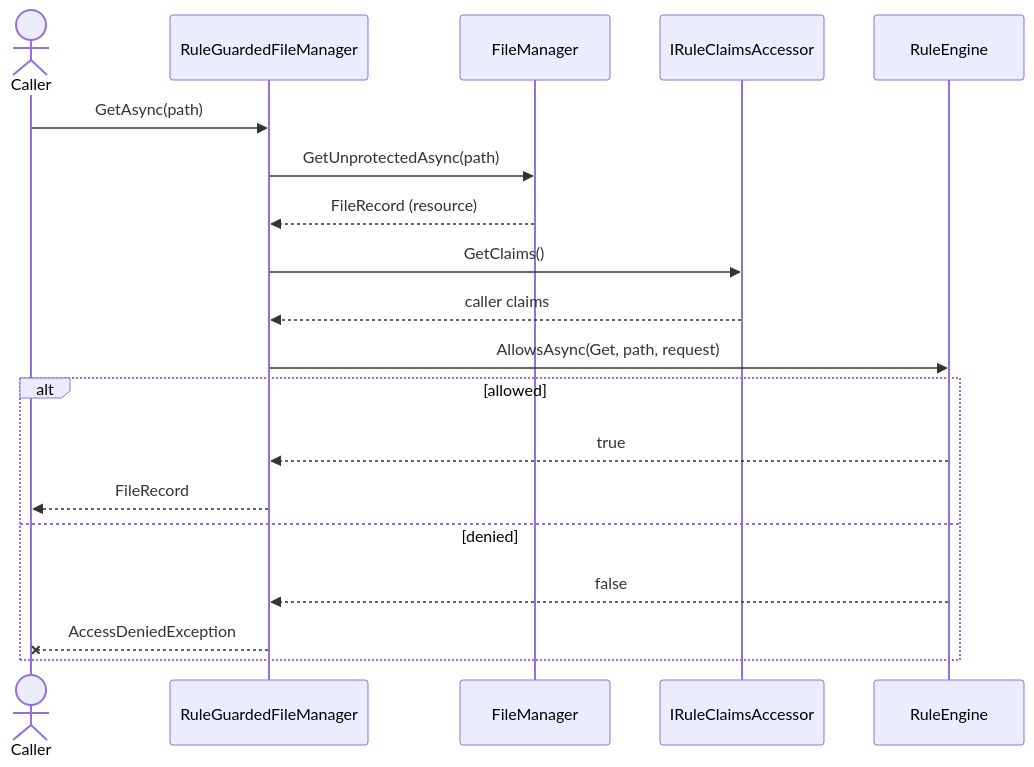
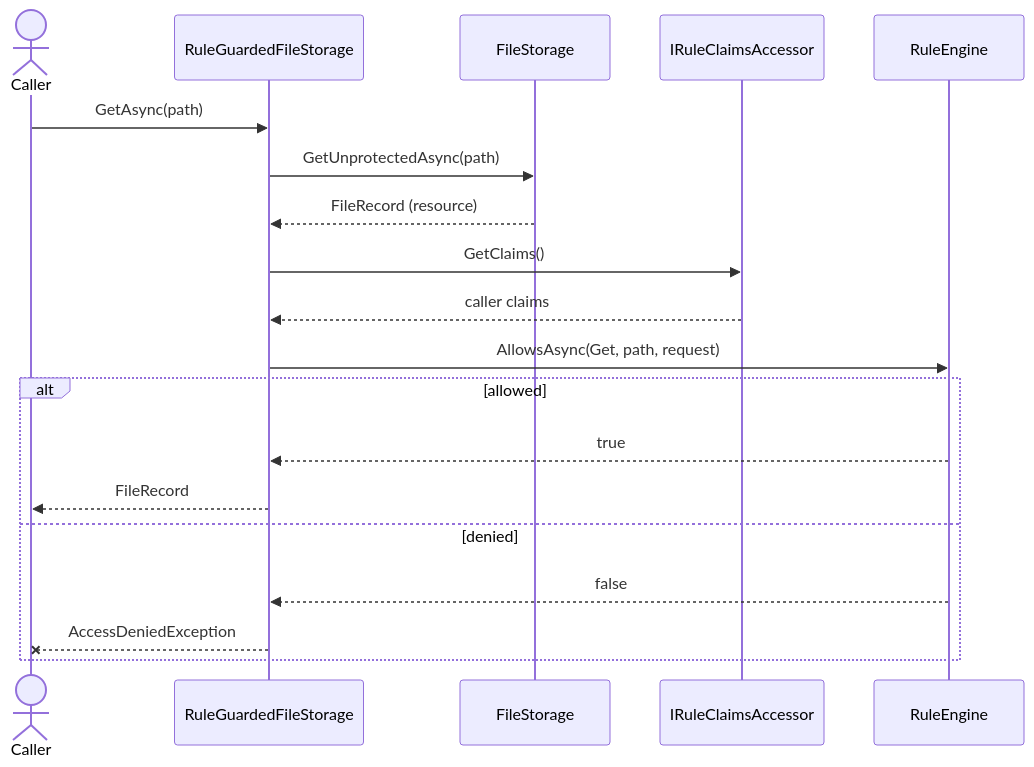
One commit to FlameOfUdun/winche-storage changed the sixth of 6 diagrams in README.md. Above: the diagram before and after it, drawn with Mermaid. The commit also changed other lines of this file and 23 other files, not shown here.

````diff
--- a/README.md
+++ b/README.md
@@ -293,22 +291,22 @@
 ```mermaid
 sequenceDiagram
     actor Caller
-    participant Guard as RuleGuardedFileManager
-    participant Core as FileManager
+    participant Guard as RuleGuardedFileStorage
+    participant Core as FileStorage
     participant Claims as IRuleClaimsAccessor
     participant Engine as RuleEngine
 
     Caller->>Guard: GetAsync(path)
     Guard->>Core: GetUnprotectedAsync(path)
     Core-->>Guard: FileRecord (resource)
     Guard->>Claims: GetClaims()
     Claims-->>Guard: caller claims
     Guard->>Engine: AllowsAsync(Get, path, request)
     alt allowed
         Engine-->>Guard: true
         Guard-->>Caller: FileRecord
     else denied
         Engine-->>Guard: false
         Guard--xCaller: AccessDeniedException
     end
 ```
````
